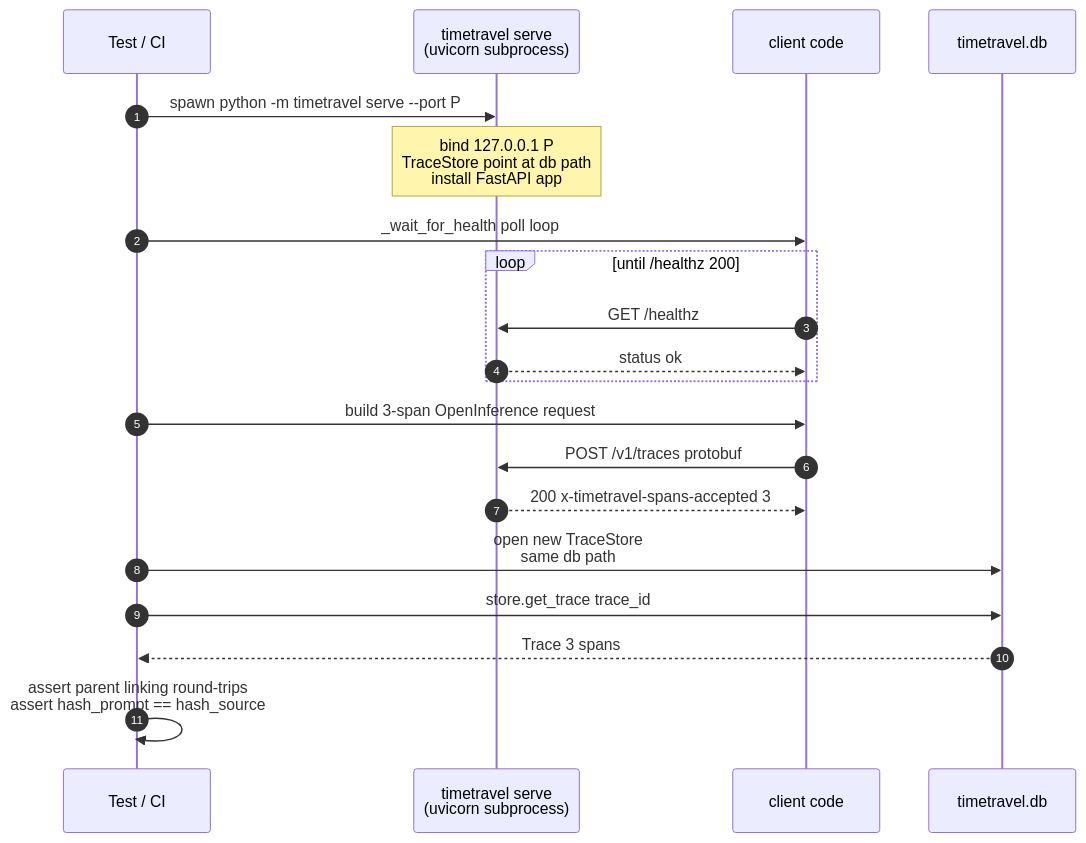
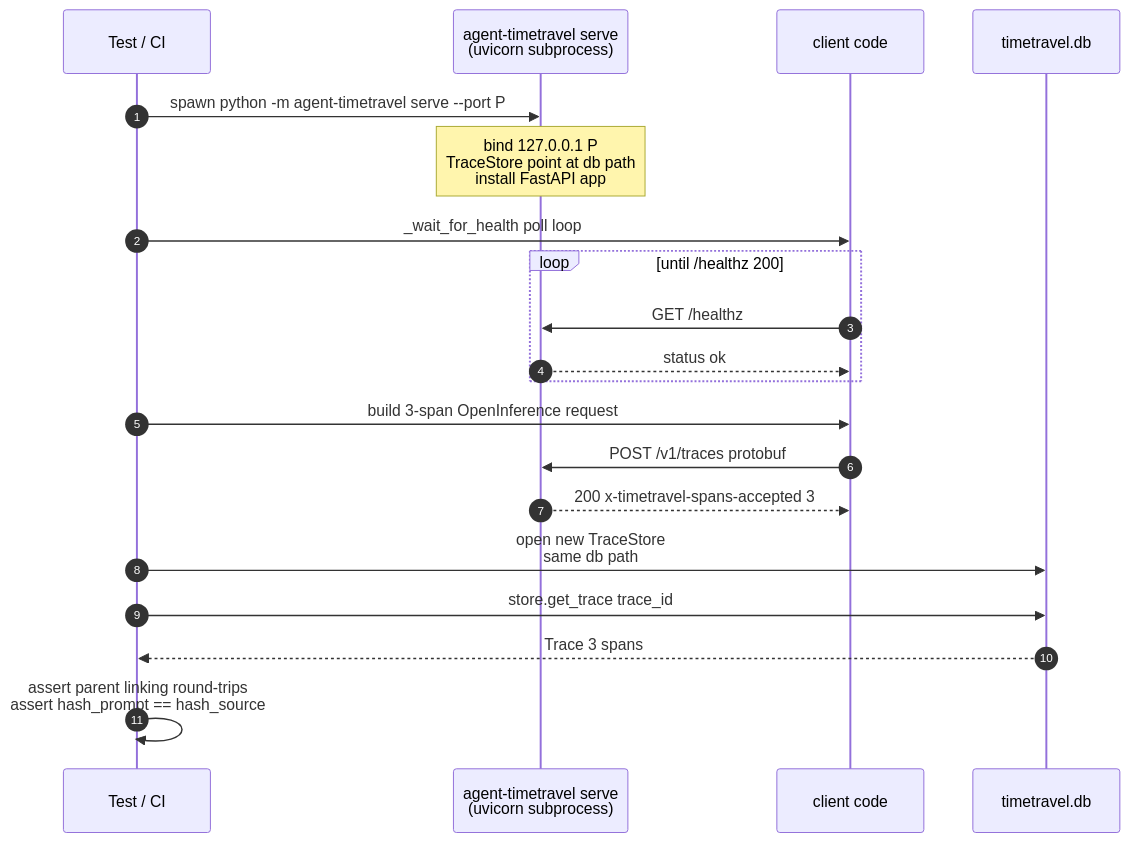
The diagram in docs/diagrams/phase1-sequence-integration.mmd (akshay-mp/Rewind), drawn with Mermaid before and after one commit. The commit also changed 113 other files, not shown here.

Commit message:
Prepare agent-timetravel 0.2.0 release

```diff
--- a/docs/diagrams/phase1-sequence-integration.mmd
+++ b/docs/diagrams/phase1-sequence-integration.mmd
@@ -1,21 +1,21 @@
 sequenceDiagram
     autonumber
     participant T as Test / CI
-    participant S as timetravel serve<br/>(uvicorn subprocess)
+    participant S as agent-timetravel serve<br/>(uvicorn subprocess)
     participant C as client code
     participant D as timetravel.db
 
-    T->>S: spawn python -m timetravel serve --port P
+    T->>S: spawn python -m agent-timetravel serve --port P
     Note over S: bind 127.0.0.1 P<br/>TraceStore point at db path<br/>install FastAPI app
     T->>C: _wait_for_health poll loop
     loop until /healthz 200
         C->>S: GET /healthz
         S-->>C: status ok
     end
     T->>C: build 3-span OpenInference request
     C->>S: POST /v1/traces protobuf
     S-->>C: 200 x-timetravel-spans-accepted 3
     T->>D: open new TraceStore<br/>same db path
     T->>D: store.get_trace trace_id
     D-->>T: Trace 3 spans
     T->>T: assert parent linking round-trips<br/>assert hash_prompt == hash_source
```
